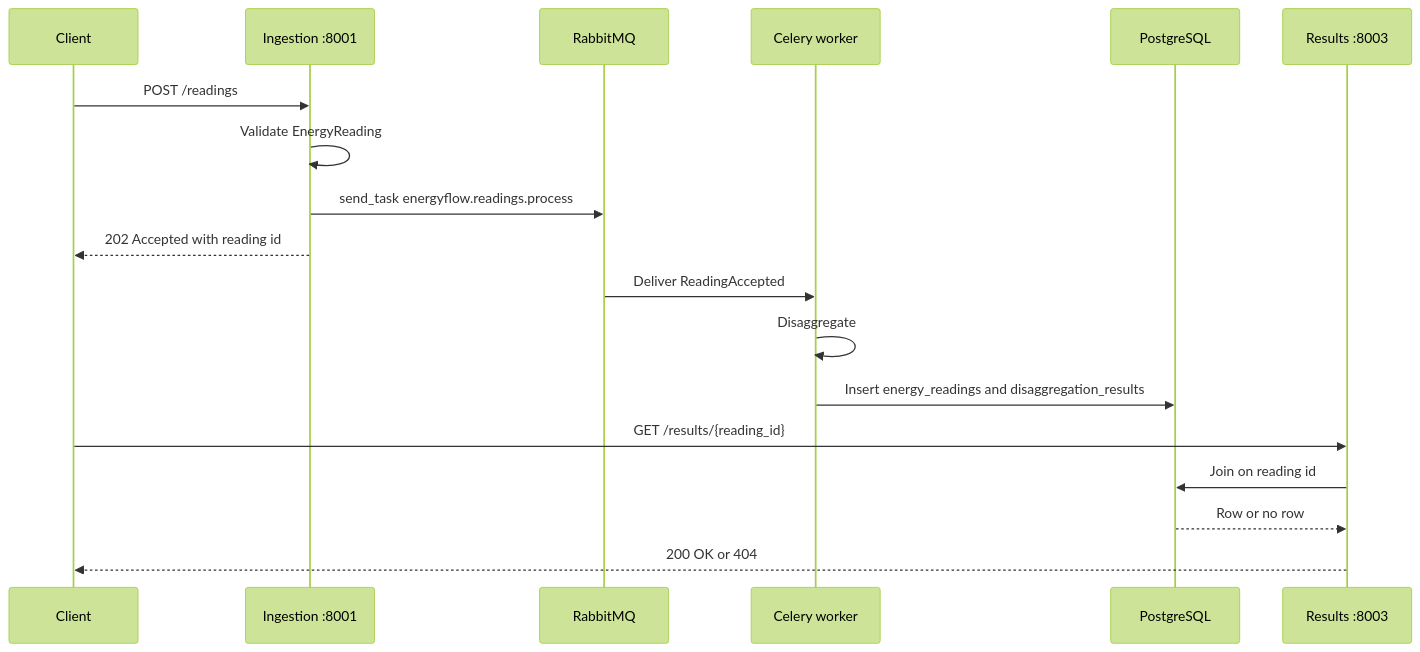
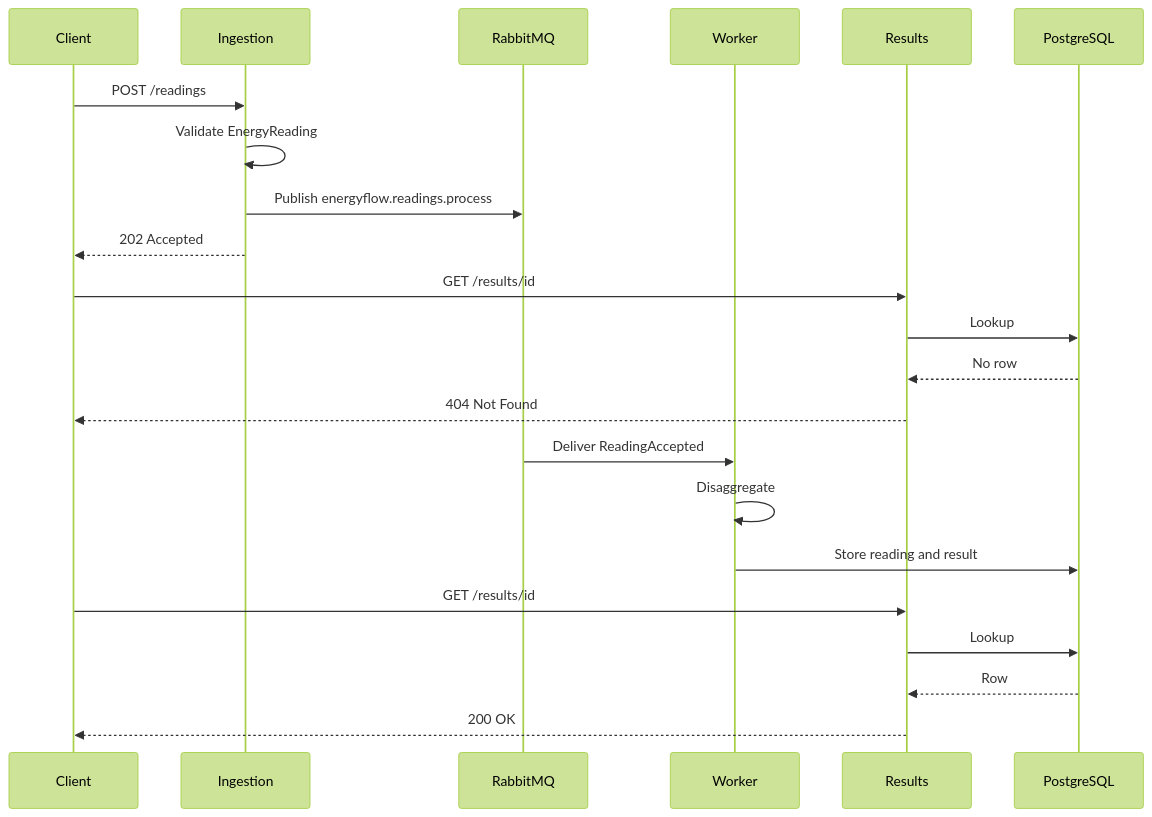
Before and after one commit to brenopolanski/energy-flow: the second of 3 diagrams in README.md, drawn with Mermaid (forest theme). The commit also changed other lines of this file and 1 other file, not shown here.

````diff
--- a/README.md
+++ b/README.md
@@ -53,23 +136,28 @@
 ```mermaid
 sequenceDiagram
     participant C as Client
-    participant I as Ingestion :8001
+    participant I as Ingestion
     participant Q as RabbitMQ
-    participant W as Celery worker
+    participant W as Worker
+    participant R as Results
     participant DB as PostgreSQL
-    participant R as Results :8003
 
     C->>I: POST /readings
     I->>I: Validate EnergyReading
-    I->>Q: send_task energyflow.readings.process
-    I-->>C: 202 Accepted with reading id
+    I->>Q: Publish energyflow.readings.process
+    I-->>C: 202 Accepted
+
+    C->>R: GET /results/id
+    R->>DB: Lookup
+    DB-->>R: No row
+    R-->>C: 404 Not Found
 
     Q->>W: Deliver ReadingAccepted
     W->>W: Disaggregate
-    W->>DB: Insert energy_readings and disaggregation_results
+    W->>DB: Store reading and result
 
-    C->>R: GET /results/{reading_id}
-    R->>DB: Join on reading id
-    DB-->>R: Row or no row
-    R-->>C: 200 OK or 404
+    C->>R: GET /results/id
+    R->>DB: Lookup
+    DB-->>R: Row
+    R-->>C: 200 OK
 ```
````
